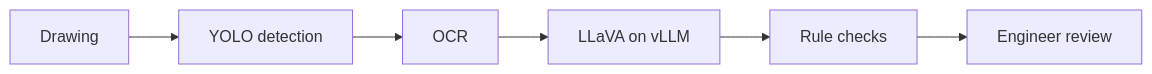
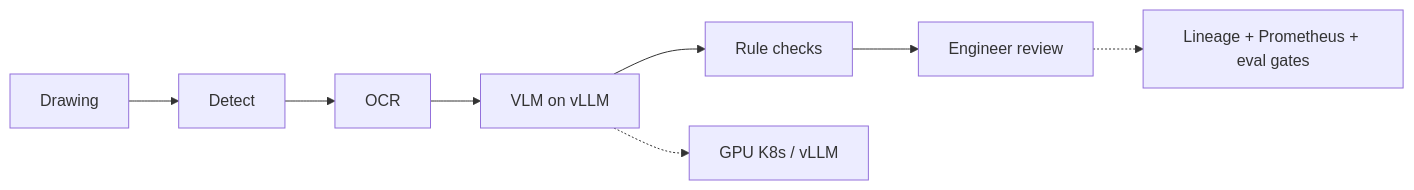
One commit to lyftium/lyftium changed the diagram in README.md. Above: the diagram before and after it, drawn with Mermaid. The commit also changed other lines of this file, not shown here.

````diff
--- a/README.md
+++ b/README.md
@@ -34,4 +50,6 @@
 ```mermaid
 flowchart LR
-  A[Drawing] --> B[YOLO detection] --> C[OCR] --> D[LLaVA on vLLM] --> E[Rule checks] --> F[Engineer review]
+  A[Drawing] --> B[Detect] --> C[OCR] --> D[VLM on vLLM] --> E[Rule checks] --> F[Engineer review]
+  D -.-> G[GPU K8s / vLLM]
+  F -.-> H[Lineage + Prometheus + eval gates]
 ```
````
